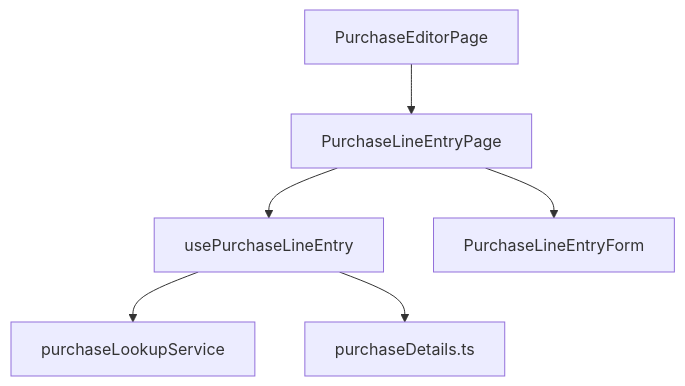
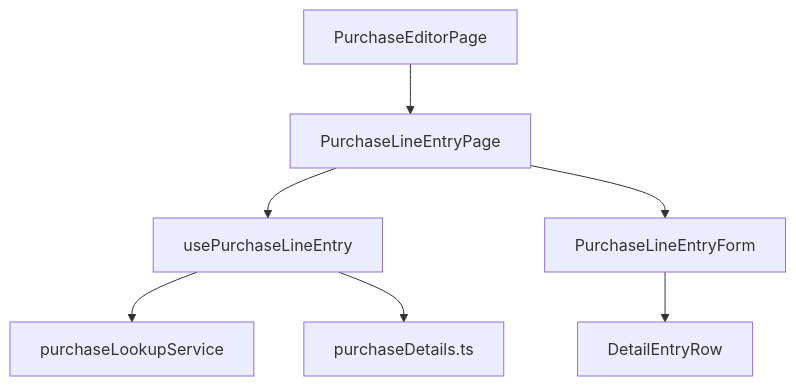
Before and after one commit to gpgsistemas01/nexus: the third of 3 diagrams in front/docs/architecture/views/logical/components/06-purchases.md, drawn with Mermaid. The commit also changed 54 other files, not shown here.

Commit message:
feat: align detail entry rows and enable warehouse catalog creation

````diff
--- a/front/docs/architecture/views/logical/components/06-purchases.md
+++ b/front/docs/architecture/views/logical/components/06-purchases.md
@@ -62,14 +62,16 @@
 ```mermaid
 flowchart TB
     editor["PurchaseEditorPage"]
     page["PurchaseLineEntryPage"]
     line["usePurchaseLineEntry"]
     form["PurchaseLineEntryForm"]
+    entryRow["DetailEntryRow"]
     service["purchaseLookupService"]
     details["purchaseDetails.ts"]
     editor --> page
     page --> line
     page --> form
+    form --> entryRow
     line --> service
     line --> details
 ```
````
